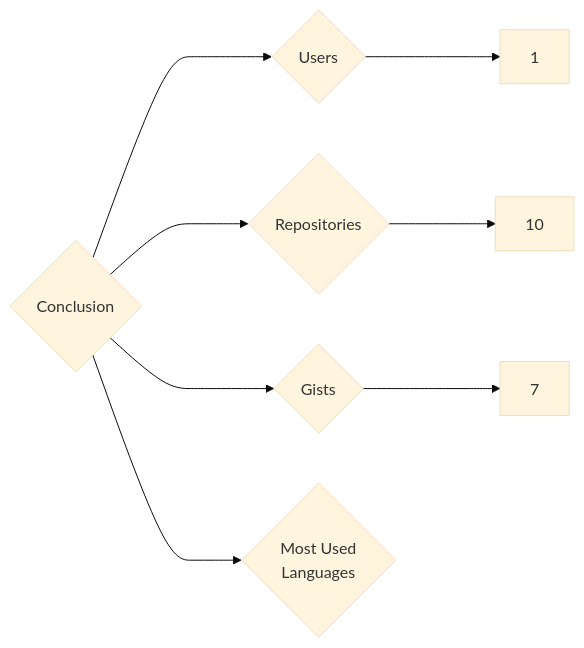
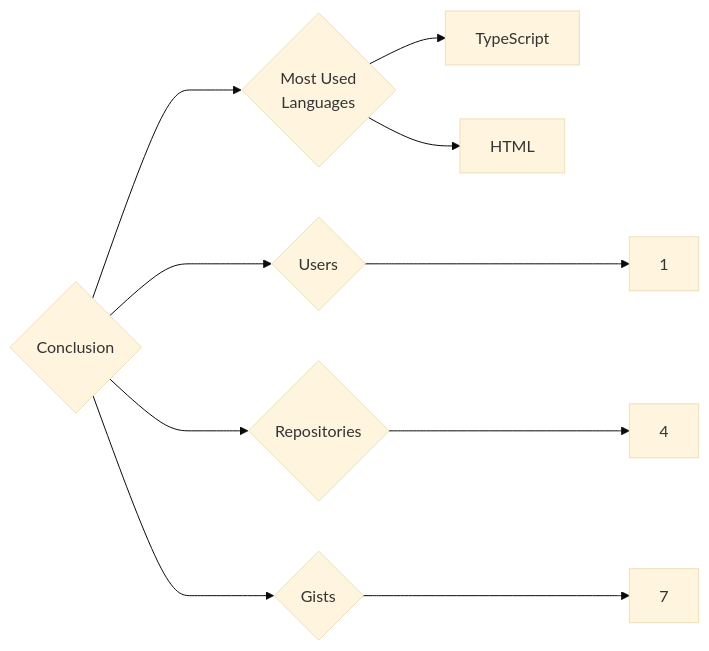
The diagram in targets/Conclusion/README.md (trickest/insiders), drawn with Mermaid (base theme) before and after one commit. The commit also changed 823 other files, not shown here.

````diff
--- a/targets/Conclusion/README.md
+++ b/targets/Conclusion/README.md
@@ -3,8 +3,10 @@
 ```mermaid
 graph LR
 COMPANY_NAME{Conclusion}
 COMPANY_NAME ---> U{Users} ---> UN[1]
-COMPANY_NAME ---> R{Repositories} ---> RN[10]
+COMPANY_NAME ---> R{Repositories} ---> RN[4]
 COMPANY_NAME ---> G{Gists} ---> GN[7]
 COMPANY_NAME ---> ML{Most Used<br>Languages}
+ML --> TypeScript[TypeScript]
+ML --> HTML[HTML]
 ```
````
